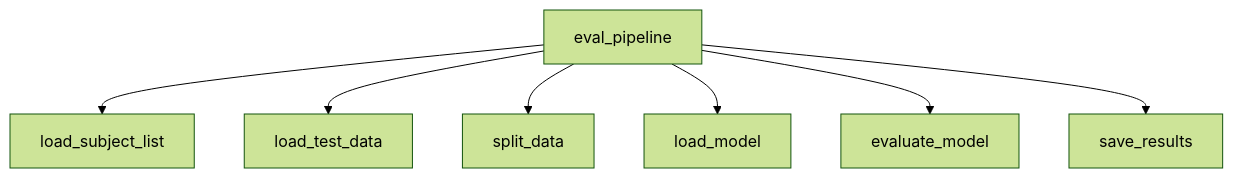
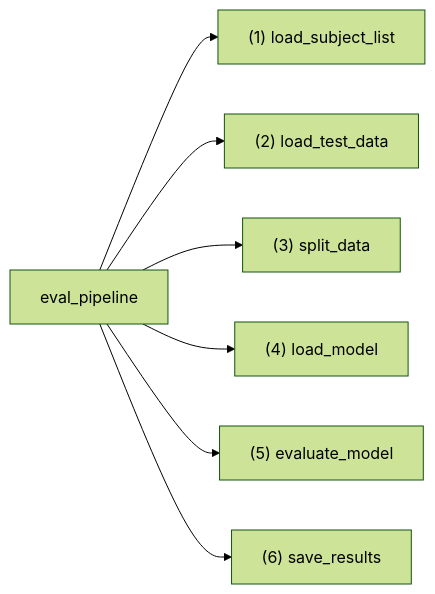
One commit to YutaroNakagama/vehicle_based_DDD_comparison changed the fourth of 7 diagrams in docs/source/guide/developer_guide.md. Above: the diagram before and after it, drawn with Mermaid (forest theme). The commit also changed other lines of this file, not shown here.

````diff
--- a/docs/source/guide/developer_guide.md
+++ b/docs/source/guide/developer_guide.md
@@ -169,9 +155,9 @@
 ```mermaid
-graph TD
-  eval_pipeline --> load_subject_list
-  eval_pipeline --> load_test_data
-  eval_pipeline --> split_data
-  eval_pipeline --> load_model
-  eval_pipeline --> evaluate_model
-  eval_pipeline --> save_results
+graph LR
+  eval_pipeline --> load_subject_list["(1) load_subject_list"]
+  eval_pipeline --> load_test_data["(2) load_test_data"]
+  eval_pipeline --> split_data["(3) split_data"]
+  eval_pipeline --> load_model["(4) load_model"]
+  eval_pipeline --> evaluate_model["(5) evaluate_model"]
+  eval_pipeline --> save_results["(6) save_results"]
 ```
````
